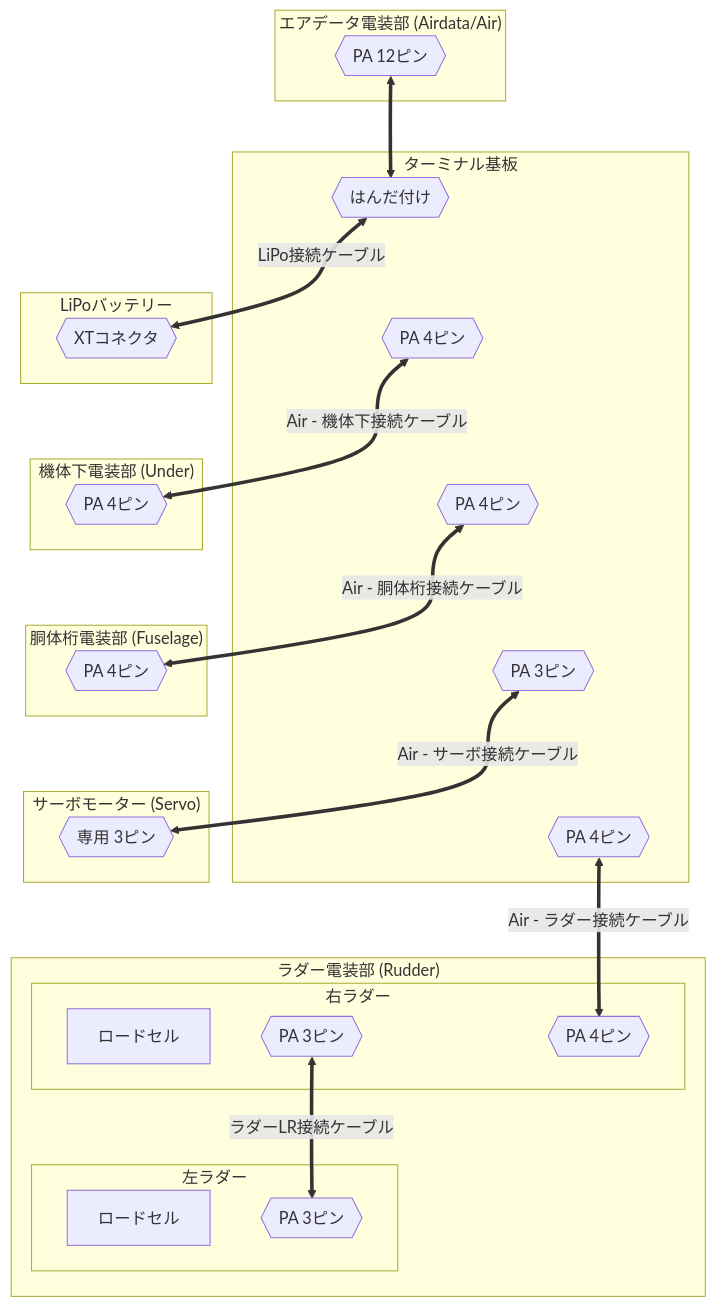
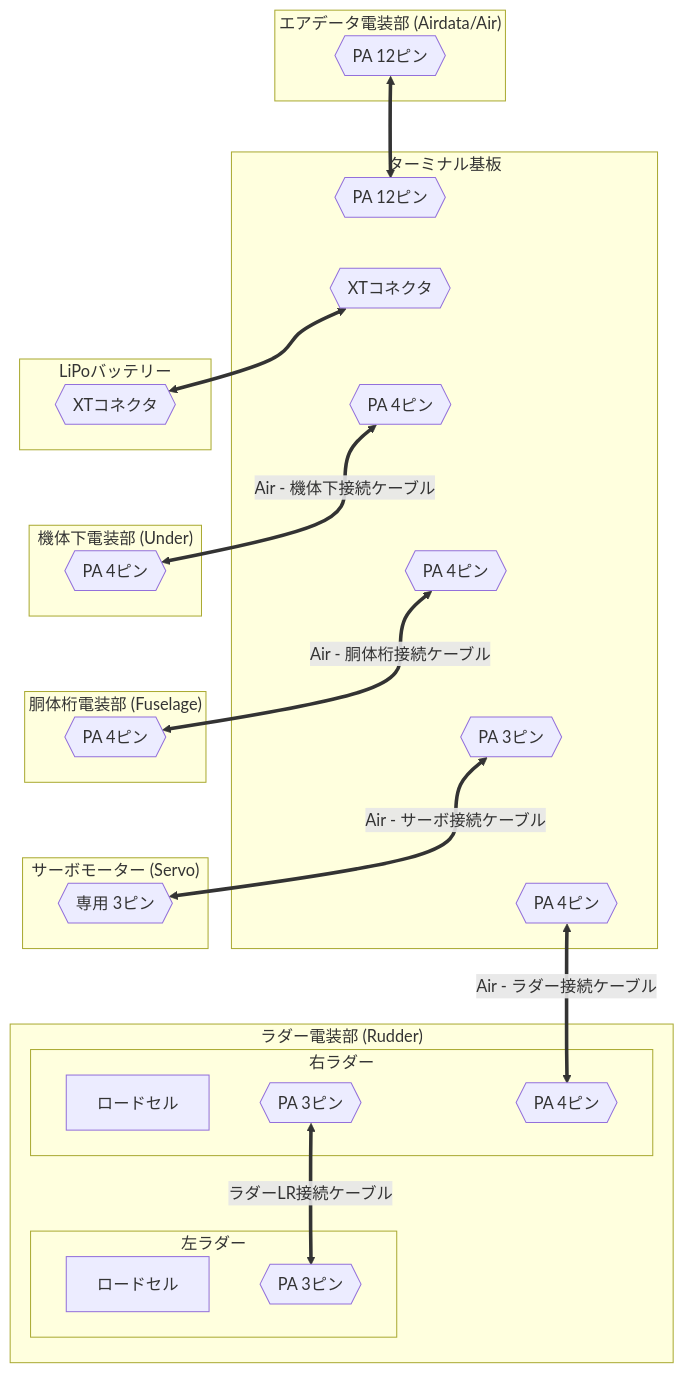
One commit to torica-org/electronics-blog changed the second of 6 diagrams in docs/works/2026-avionics.md. Above: the diagram before and after it, drawn with Mermaid. The commit also changed other lines of this file, not shown here.

```diff
--- a/docs/works/2026-avionics.md
+++ b/docs/works/2026-avionics.md
@@ -36,53 +92,54 @@
 <pre class="mermaid" style="background-color:white;">
 flowchart TD
     subgraph airdata["エアデータ電装部 (Airdata/Air)"]
         Conn12{{"PA 12ピン"}}
     end
 
     subgraph terminal["ターミナル基板"]
-        solder{{"はんだ付け"}}
+        solder{{"XTコネクタ"}}
+        toAir{{"PA 12ピン"}}
         toUnder{{"PA 4ピン"}}
         toFuse{{"PA 4ピン"}}
         toRudder{{"PA 4ピン"}}
         toServo{{"PA 3ピン"}}
         
-        solder ~~~ toUnder ~~~ toFuse ~~~ toServo ~~~ toRudder
+        toAir ~~~ solder ~~~ toUnder ~~~ toFuse ~~~ toServo ~~~ toRudder
     end
 
     subgraph lipo["LiPoバッテリー"]
         XT{{"XTコネクタ"}}
     end
 
     subgraph rudder["ラダー電装部 (Rudder)"]
         subgraph L["左ラダー"]
             loadcellL["ロードセル"]
             L3{{"PA 3ピン"}}
         end
         subgraph R["右ラダー"]
             loadcellR["ロードセル"]
             R3{{"PA 3ピン"}}
             R4{{"PA 4ピン"}}
         end
         R3 == "ラダーLR接続ケーブル" <==> L3
     end
 
     subgraph under["機体下電装部 (Under)"]
         under4{{"PA 4ピン"}}
     end
 
     subgraph fuselage["胴体桁電装部 (Fuselage)"]
         fuselage4{{"PA 4ピン"}}
     end
 
     subgraph servo["サーボモーター (Servo)"]
         servo3{{"専用 3ピン"}}
     end
 
-    Conn12 <==> solder
+    Conn12 <==> toAir
 
-    solder == "LiPo接続ケーブル" <==> XT
+    solder <==> XT
     toRudder == "Air - ラダー接続ケーブル" <==> R4
     toUnder == "Air - 機体下接続ケーブル" <==> under4
     toFuse == "Air - 胴体桁接続ケーブル" <==> fuselage4
     toServo == "Air - サーボ接続ケーブル" <==> servo3
 </pre>
```
